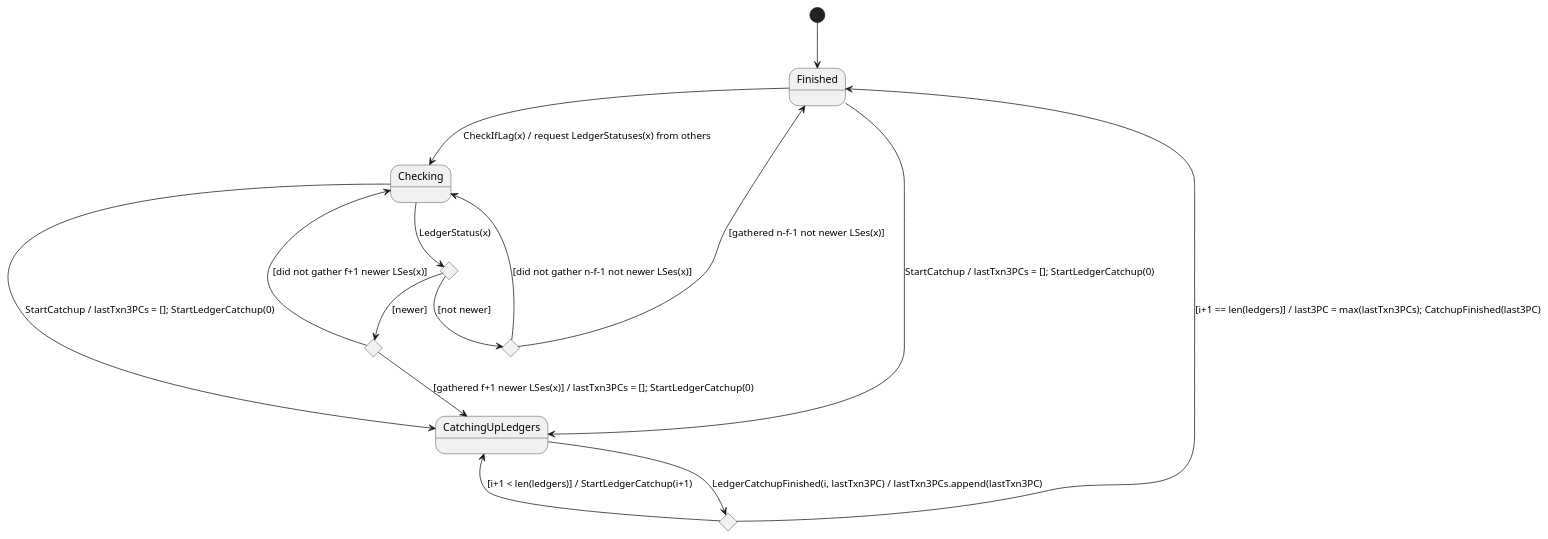
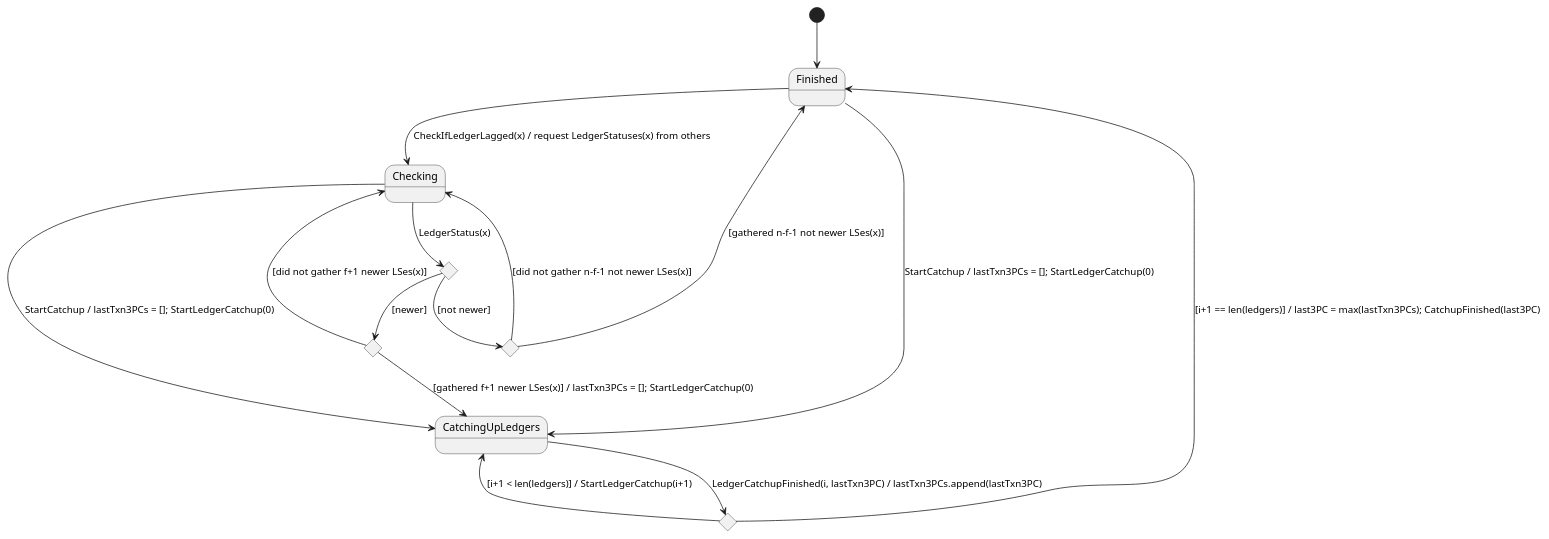
Before and after one commit to hyperledger/indy-plenum: the diagram in design/catch-up-all.puml, drawn with PlantUML. The commit also changed 1 other file, not shown here.

Commit message:
INDY-971: Minor corrections in catch-up diagrams
- Made minor corrections in the state diagrams for catch-up actors.

```diff
--- a/design/catch-up-all.puml
+++ b/design/catch-up-all.puml
@@ -1,29 +1,29 @@
 @startuml
 
 [*] --> Finished
 
-Finished --> Checking : CheckIfLag(x) / request LedgerStatuses(x) from others
+Finished --> Checking : CheckIfLedgerLagged(x) / request LedgerStatuses(x) from others
 Finished --> CatchingUpLedgers : StartCatchup / lastTxn3PCs = []; StartLedgerCatchup(0)
 
 state Checking_LedgerStatus <<choice>>
 Checking --> Checking_LedgerStatus : LedgerStatus(x)
 Checking --> CatchingUpLedgers : StartCatchup / lastTxn3PCs = []; StartLedgerCatchup(0)
 
 state Checking_LedgerStatus_Newer <<choice>>
 Checking_LedgerStatus --> Checking_LedgerStatus_Newer : [newer]
 state Checking_LedgerStatus_NotNewer <<choice>>
 Checking_LedgerStatus --> Checking_LedgerStatus_NotNewer : [not newer]
 
 Checking_LedgerStatus_Newer --> Checking : [did not gather f+1 newer LSes(x)]
 Checking_LedgerStatus_Newer --> CatchingUpLedgers : [gathered f+1 newer LSes(x)] / lastTxn3PCs = []; StartLedgerCatchup(0)
 
 Checking_LedgerStatus_NotNewer --> Checking : [did not gather n-f-1 not newer LSes(x)]
 Checking_LedgerStatus_NotNewer --> Finished : [gathered n-f-1 not newer LSes(x)]
 
 state CatchingUpLedgers_LedgerCatchupFinished <<choice>>
 CatchingUpLedgers --> CatchingUpLedgers_LedgerCatchupFinished : LedgerCatchupFinished(i, lastTxn3PC) / lastTxn3PCs.append(lastTxn3PC)
 
 CatchingUpLedgers_LedgerCatchupFinished --> CatchingUpLedgers : [i+1 < len(ledgers)] / StartLedgerCatchup(i+1)
 CatchingUpLedgers_LedgerCatchupFinished --> Finished : [i+1 == len(ledgers)] / last3PC = max(lastTxn3PCs); CatchupFinished(last3PC)
 
 @enduml
```
